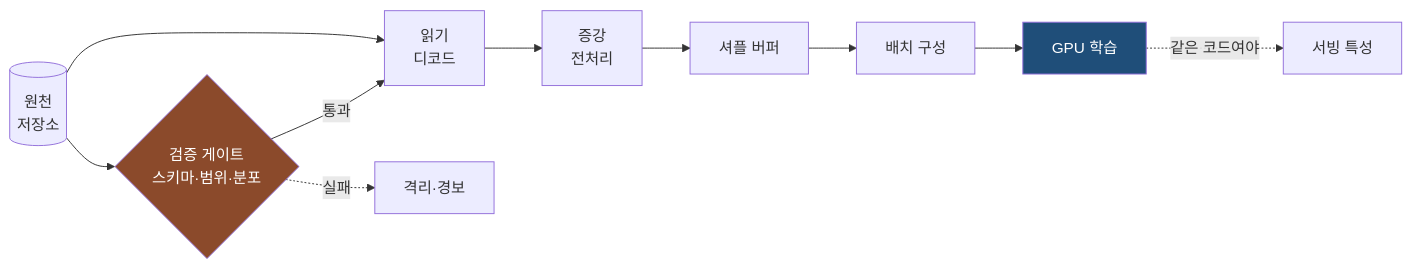
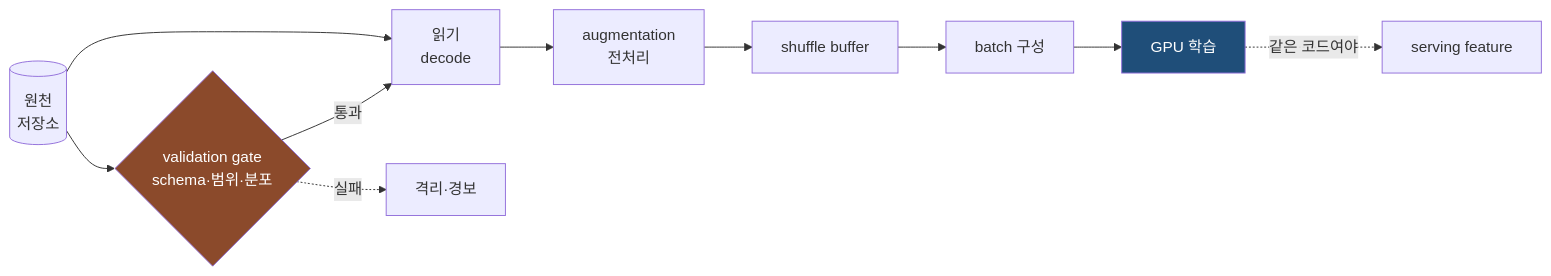
The diagram in chapters/11_systems/01_data_pipeline.qmd (yuvjjang/aiml_studybook), drawn with Mermaid before and after one commit. The commit also changed other lines of this file, not shown here.

Commit message:
11.1 data pipeline 풀어쓰기: worker·utilization·shuffle buffer·columnar·validation gate·training/serving skew 영문 용어와 비유 추가

````diff
--- a/chapters/11_systems/01_data_pipeline.qmd
+++ b/chapters/11_systems/01_data_pipeline.qmd
@@ -22,16 +22,16 @@
 ```{mermaid}
 %%| label: fig-data-pipeline
-%%| fig-cap: "학습 데이터 파이프라인. 위쪽이 처리량 경로, 아래쪽이 품질 경로입니다."
+%%| fig-cap: "학습 data pipeline. 위쪽이 throughput 경로, 아래쪽이 품질 경로입니다."
 flowchart LR
-  S[("원천<br/>저장소")] --> R["읽기<br/>디코드"]
-  R --> A["증강<br/>전처리"]
-  A --> B["셔플 버퍼"]
-  B --> C["배치 구성"]
+  S[("원천<br/>저장소")] --> R["읽기<br/>decode"]
+  R --> A["augmentation<br/>전처리"]
+  A --> B["shuffle buffer"]
+  B --> C["batch 구성"]
   C --> G["GPU 학습"]
-  S --> V{"검증 게이트<br/>스키마·범위·분포"}
+  S --> V{"validation gate<br/>schema·범위·분포"}
   V -->|통과| R
   V -.->|실패| Q["격리·경보"]
-  G -.->|같은 코드여야| SV["서빙 특성"]
+  G -.->|같은 코드여야| SV["serving feature"]
   style G fill:#1F4E79,color:#fff
   style V fill:#8B4A2B,color:#fff
 ```
````
